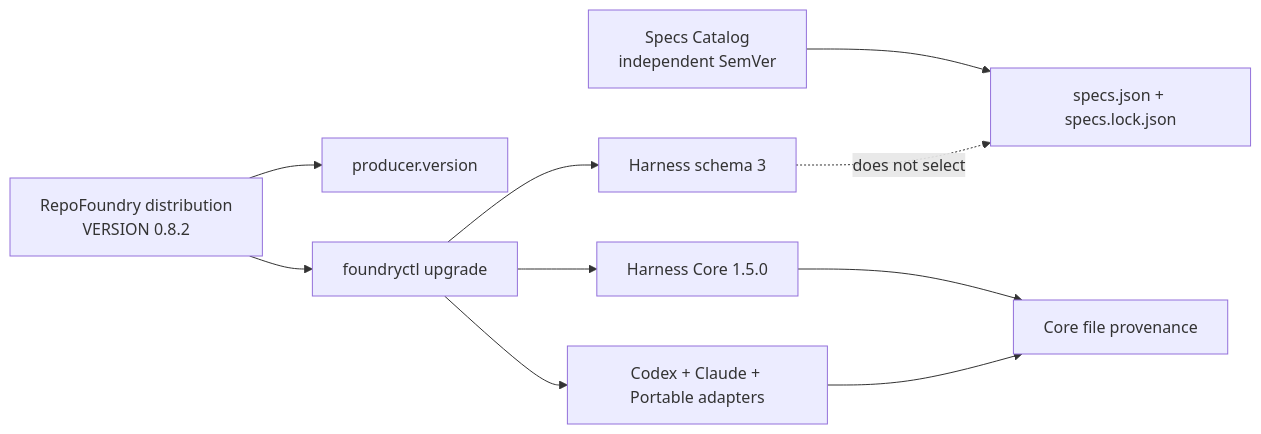
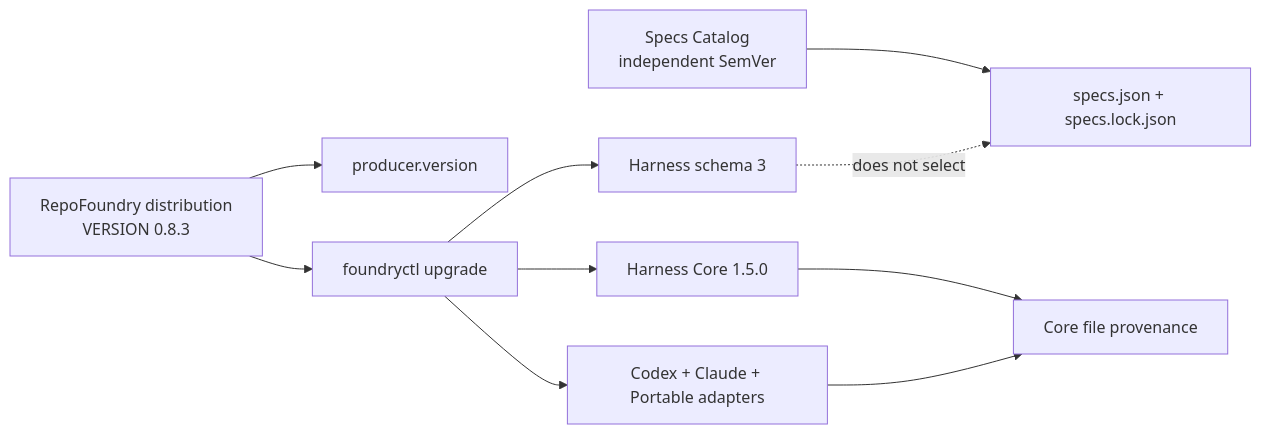
Before and after one commit to XiaoWeiKIN/RepoFoundryAI: the first of 3 diagrams in docs/design-docs/repo-foundry-versioning-and-migrations.md, drawn with Mermaid. The commit also changed other lines of this file and 14 other files, not shown here.

````diff
--- a/docs/design-docs/repo-foundry-versioning-and-migrations.md
+++ b/docs/design-docs/repo-foundry-versioning-and-migrations.md
@@ -138,12 +147,12 @@
 ```mermaid
 flowchart LR
-    D["RepoFoundry distribution<br/>VERSION 0.8.2"] --> P["producer.version"]
+    D["RepoFoundry distribution<br/>VERSION 0.8.3"] --> P["producer.version"]
     D --> U["foundryctl upgrade"]
     U --> H["Harness schema 3"]
     U --> C["Harness Core 1.5.0"]
     U --> A["Codex + Claude + Portable adapters"]
     C --> F["Core file provenance"]
     A --> F
     S["Specs Catalog<br/>independent SemVer"] --> L["specs.json + specs.lock.json"]
     H -.->|"does not select"| L
 ```
````
